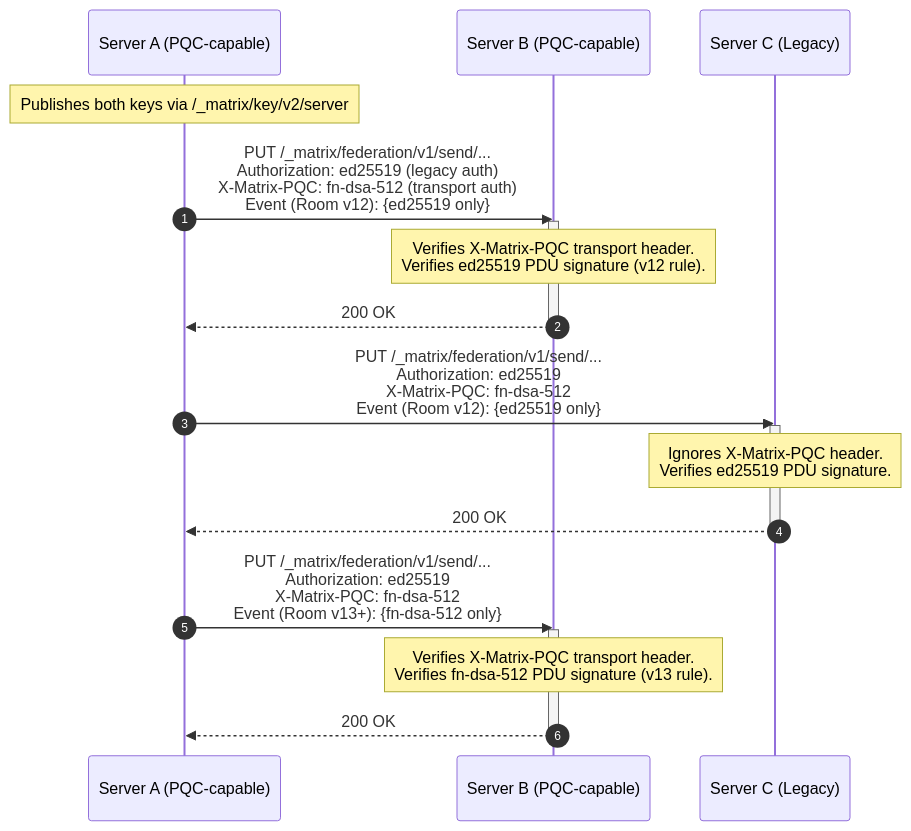
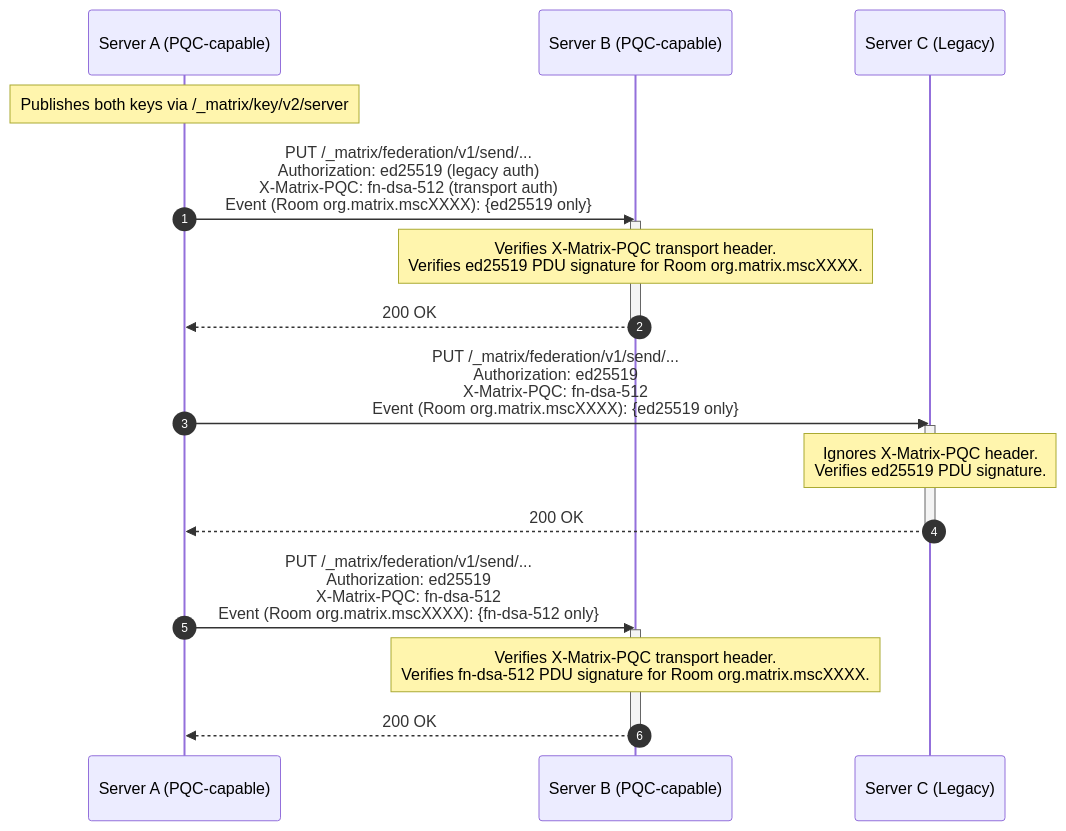
Before and after one commit to gamesguru/matrix-spec-proposals: the diagram in proposals/XXXX-e2ee-quantum-sigs-pdu.md, drawn with Mermaid.

Commit message:
Potential fix for pull request finding

````diff
--- a/proposals/XXXX-e2ee-quantum-sigs-pdu.md
+++ b/proposals/XXXX-e2ee-quantum-sigs-pdu.md
@@ -188,27 +188,27 @@
 ```mermaid
 sequenceDiagram
     autonumber
     participant S1 as Server A (PQC-capable)
     participant S2 as Server B (PQC-capable)
     participant S3 as Server C (Legacy)
 
     Note over S1: Publishes both keys via /_matrix/key/v2/server
 
-    S1->>S2: PUT /_matrix/federation/v1/send/...<br/>Authorization: ed25519 (legacy auth)<br/>X-Matrix-PQC: fn-dsa-512 (transport auth)<br/>Event (Room v12): {ed25519 only}
+    S1->>S2: PUT /_matrix/federation/v1/send/...<br/>Authorization: ed25519 (legacy auth)<br/>X-Matrix-PQC: fn-dsa-512 (transport auth)<br/>Event (Room org.matrix.mscXXXX): {ed25519 only}
     activate S2
-    Note over S2: Verifies X-Matrix-PQC transport header.<br/>Verifies ed25519 PDU signature (v12 rule).
+    Note over S2: Verifies X-Matrix-PQC transport header.<br/>Verifies ed25519 PDU signature for Room org.matrix.mscXXXX.
     S2-->>S1: 200 OK
     deactivate S2
 
-    S1->>S3: PUT /_matrix/federation/v1/send/...<br/>Authorization: ed25519<br/>X-Matrix-PQC: fn-dsa-512<br/>Event (Room v12): {ed25519 only}
+    S1->>S3: PUT /_matrix/federation/v1/send/...<br/>Authorization: ed25519<br/>X-Matrix-PQC: fn-dsa-512<br/>Event (Room org.matrix.mscXXXX): {ed25519 only}
     activate S3
     Note over S3: Ignores X-Matrix-PQC header.<br/>Verifies ed25519 PDU signature.
     S3-->>S1: 200 OK
     deactivate S3
 
-    S1->>S2: PUT /_matrix/federation/v1/send/...<br/>Authorization: ed25519<br/>X-Matrix-PQC: fn-dsa-512<br/>Event (Room v13+): {fn-dsa-512 only}
+    S1->>S2: PUT /_matrix/federation/v1/send/...<br/>Authorization: ed25519<br/>X-Matrix-PQC: fn-dsa-512<br/>Event (Room org.matrix.mscXXXX): {fn-dsa-512 only}
     activate S2
-    Note over S2: Verifies X-Matrix-PQC transport header.<br/>Verifies fn-dsa-512 PDU signature (v13 rule).
+    Note over S2: Verifies X-Matrix-PQC transport header.<br/>Verifies fn-dsa-512 PDU signature for Room org.matrix.mscXXXX.
     S2-->>S1: 200 OK
     deactivate S2
 ```
````
